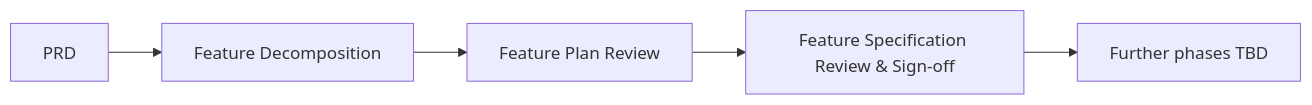
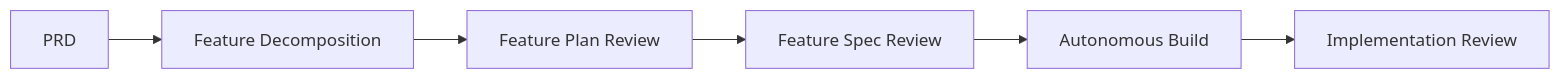
Before and after one commit to DEFRA/defra-ai-modernisation-playbook: the diagram in pages/re-engineering/README.md, drawn with Mermaid. The commit also changed other lines of this file and 8 other files, not shown here.

Commit message:
docs: add autonomous build and implementation review phases

````diff
--- a/pages/re-engineering/README.md
+++ b/pages/re-engineering/README.md
@@ -14,7 +14,8 @@
 ```mermaid
 flowchart LR
     A["PRD"] --> B["Feature Decomposition"]
     B --> C["Feature Plan Review"]
-    C --> D["Feature Specification Review & Sign-off"]
-    D --> E["Further phases TBD"]
+    C --> D["Feature Spec Review"]
+    D --> E["Autonomous Build"]
+    E --> F["Implementation Review"]
 ```
````
